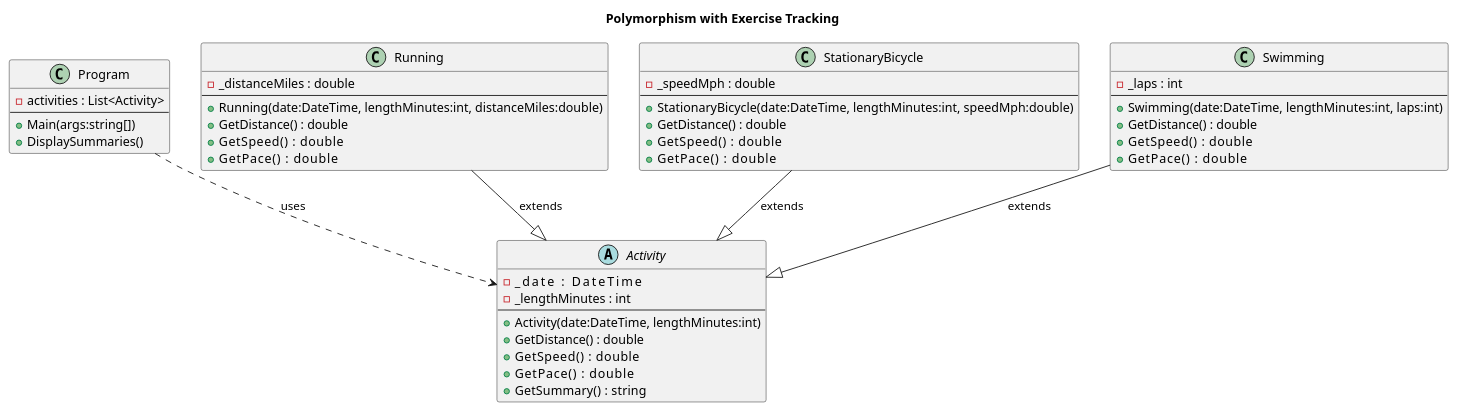
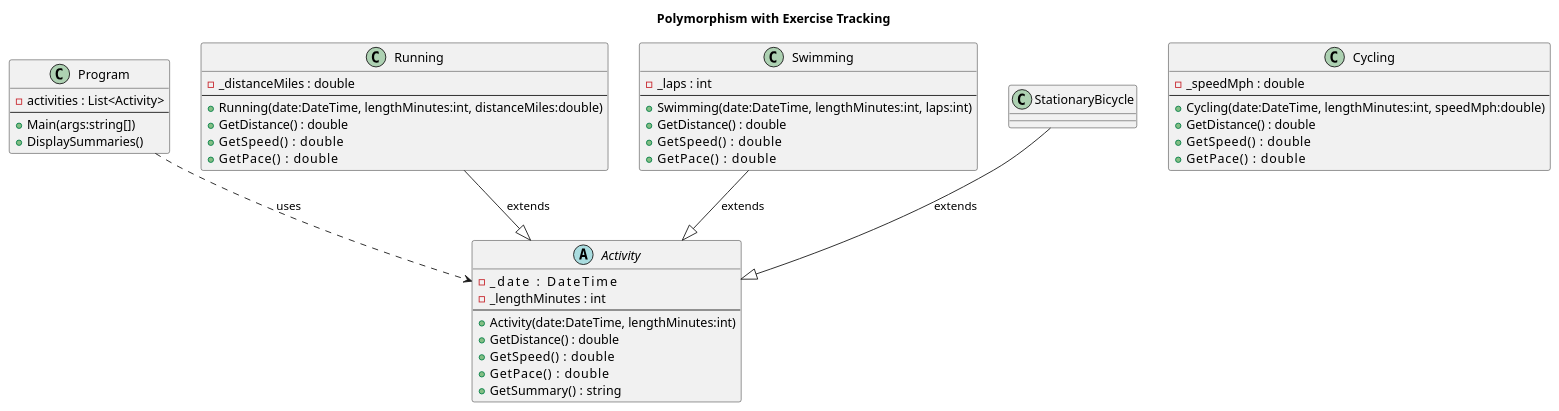
One commit to hwalkermerrill/cse210-programming-with-classes changed the diagram in final/Foundation4/classUML.wsd. Above: the diagram before and after it, drawn with PlantUML. The commit also changed 5 other files, not shown here.

```diff
--- a/final/Foundation4/classUML.wsd
+++ b/final/Foundation4/classUML.wsd
@@ -1,71 +1,71 @@
 @startuml
 title Polymorphism with Exercise Tracking
 
 '--------------------------------------------------
 ' Main driver: creates activities and displays summaries
 '--------------------------------------------------
 class Program {
   - activities : List<Activity>
   --
   + Main(args:string[])
   + DisplaySummaries()
 }
 
 '--------------------------------------------------
 ' Abstract base for all activities
 '--------------------------------------------------
 abstract class Activity {
   - _date          : DateTime
   - _lengthMinutes : int
   --
   + Activity(date:DateTime, lengthMinutes:int)
   + GetDistance() : double
   + GetSpeed()    : double
   + GetPace()     : double
   + GetSummary()  : string
 }
 
 '--------------------------------------------------
 ' Running: tracks a distance in miles
 '--------------------------------------------------
 class Running {
   - _distanceMiles : double
   --
   + Running(date:DateTime, lengthMinutes:int, distanceMiles:double)
   + GetDistance() : double
   + GetSpeed()    : double
   + GetPace()     : double
 }
 
 '--------------------------------------------------
 ' Stationary Bicycle: tracks a speed in mph
 '--------------------------------------------------
-class StationaryBicycle {
+class Cycling {
   - _speedMph : double
   --
-  + StationaryBicycle(date:DateTime, lengthMinutes:int, speedMph:double)
+  + Cycling(date:DateTime, lengthMinutes:int, speedMph:double)
   + GetDistance() : double
   + GetSpeed()    : double
   + GetPace()     : double
 }
 
 '--------------------------------------------------
 ' Swimming: tracks laps (50 m each), calculates distance
 '--------------------------------------------------
 class Swimming {
   - _laps : int
   --
   + Swimming(date:DateTime, lengthMinutes:int, laps:int)
   + GetDistance() : double
   + GetSpeed()    : double
   + GetPace()     : double
 }
 
 '--------------------------------------------------
 ' Relationships
 '--------------------------------------------------
 Program           ..> Activity             : uses
 Running           --|> Activity            : extends
 StationaryBicycle --|> Activity            : extends
 Swimming          --|> Activity            : extends
 @enduml
```
